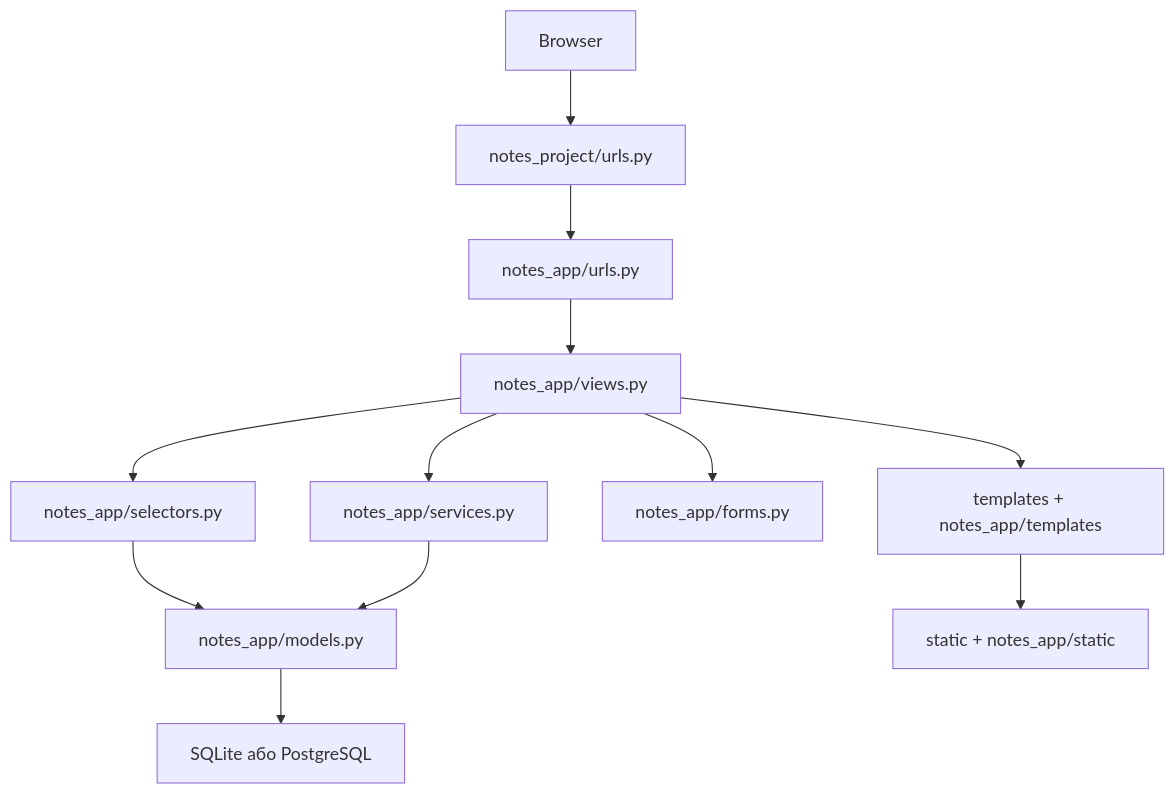
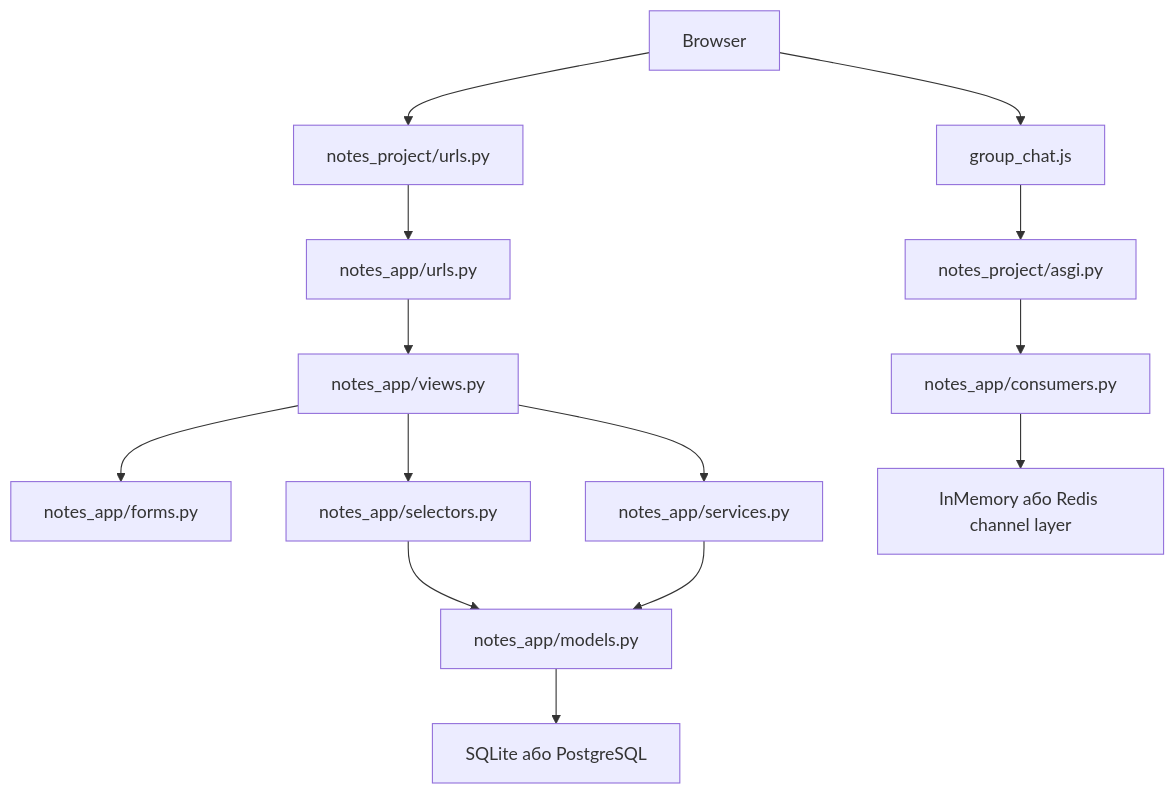
The diagram in README.md (NikoriakViktot/notes_chat_app), drawn with Mermaid before and after one commit. The commit also changed other lines of this file and 170 other files, not shown here.

````diff
--- a/README.md
+++ b/README.md
@@ -350,14 +86,16 @@
 ```mermaid
 flowchart TD
-    Browser["Browser"] --> Urls["notes_project/urls.py"]
-    Urls --> AppUrls["notes_app/urls.py"]
-    AppUrls --> Views["notes_app/views.py"]
+    Browser["Browser"] --> URLs["notes_project/urls.py"]
+    URLs --> AppURLs["notes_app/urls.py"]
+    AppURLs --> Views["notes_app/views.py"]
+    Views --> Forms["notes_app/forms.py"]
     Views --> Selectors["notes_app/selectors.py"]
     Views --> Services["notes_app/services.py"]
     Selectors --> Models["notes_app/models.py"]
     Services --> Models
     Models --> DB["SQLite або PostgreSQL"]
-    Views --> Forms["notes_app/forms.py"]
-    Views --> Templates["templates + notes_app/templates"]
-    Templates --> Static["static + notes_app/static"]
+    Browser --> JS["group_chat.js"]
+    JS --> ASGI["notes_project/asgi.py"]
+    ASGI --> Consumer["notes_app/consumers.py"]
+    Consumer --> ChannelLayer["InMemory або Redis channel layer"]
 ```
````
